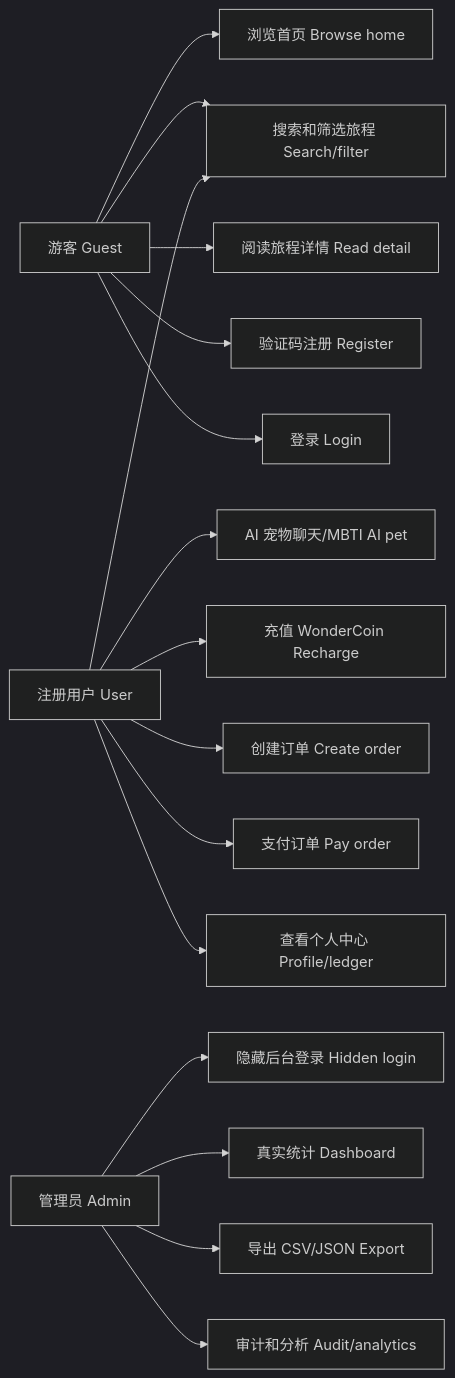
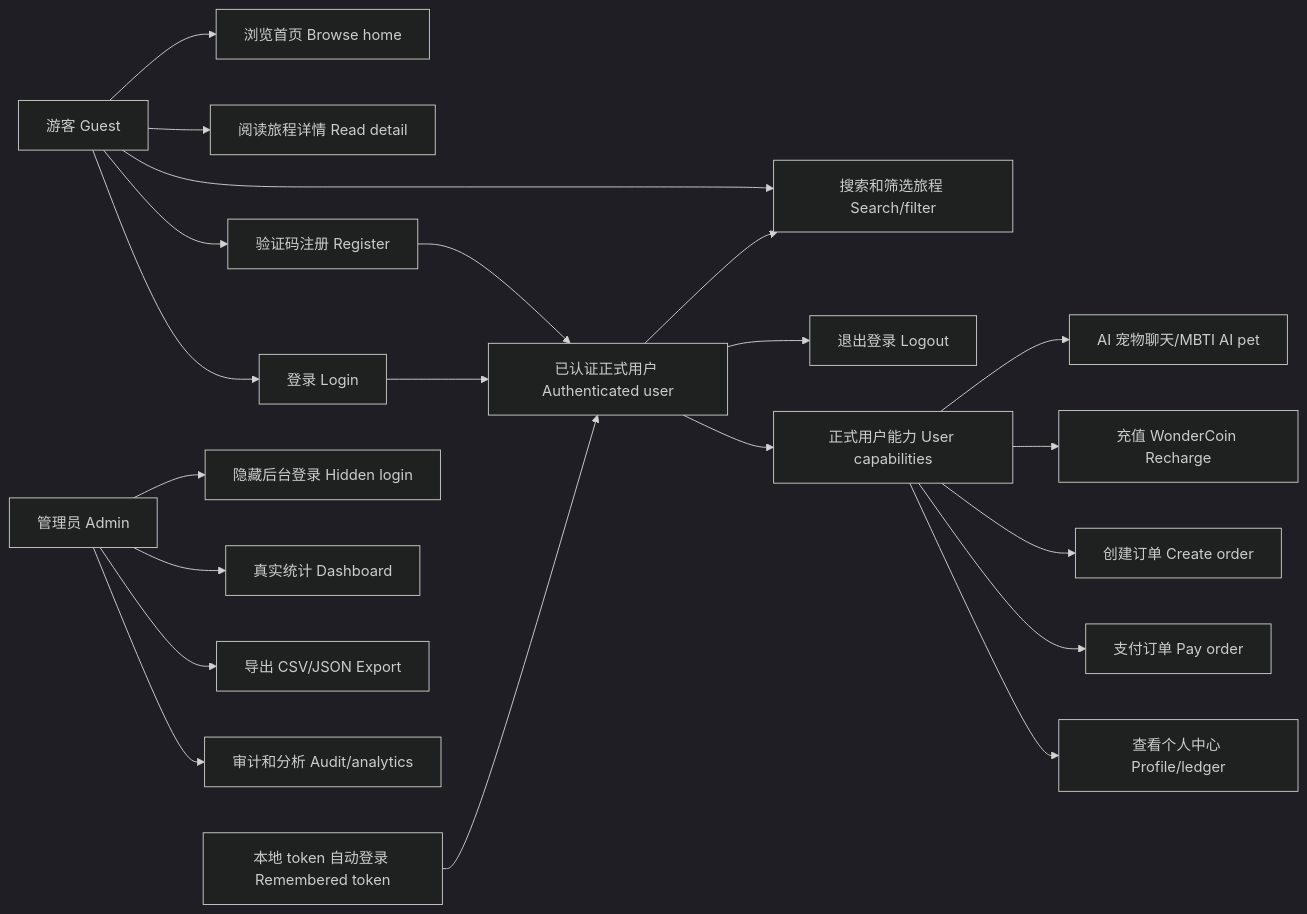
The first of 2 diagrams in docs/USER_CASES.md (LibertychaserUS/100-journeys), drawn with Mermaid (dark theme) before and after one commit. The commit also changed other lines of this file and 55 other files, not shown here.

````diff
--- a/docs/USER_CASES.md
+++ b/docs/USER_CASES.md
@@ -29,20 +29,26 @@
 ```mermaid
 flowchart LR
     guest["游客 Guest"] --> browse["浏览首页 Browse home"]
     guest --> explore["搜索和筛选旅程 Search/filter"]
     guest --> detail["阅读旅程详情 Read detail"]
     guest --> register["验证码注册 Register"]
     guest --> login["登录 Login"]
 
-    user["注册用户 User"] --> explore
+    register --> authed["已认证正式用户 Authenticated user"]
+    login --> authed
+    cookie["本地 token 自动登录 Remembered token"] --> authed
+
+    authed --> explore
+    authed --> logout["退出登录 Logout"]
+    authed --> user["正式用户能力 User capabilities"]
     user --> pet["AI 宠物聊天/MBTI AI pet"]
     user --> recharge["充值 WonderCoin Recharge"]
     user --> order["创建订单 Create order"]
     user --> pay["支付订单 Pay order"]
     user --> profile["查看个人中心 Profile/ledger"]
 
     admin["管理员 Admin"] --> adminLogin["隐藏后台登录 Hidden login"]
     admin --> dashboard["真实统计 Dashboard"]
     admin --> export["导出 CSV/JSON Export"]
     admin --> audit["审计和分析 Audit/analytics"]
 ```
````
